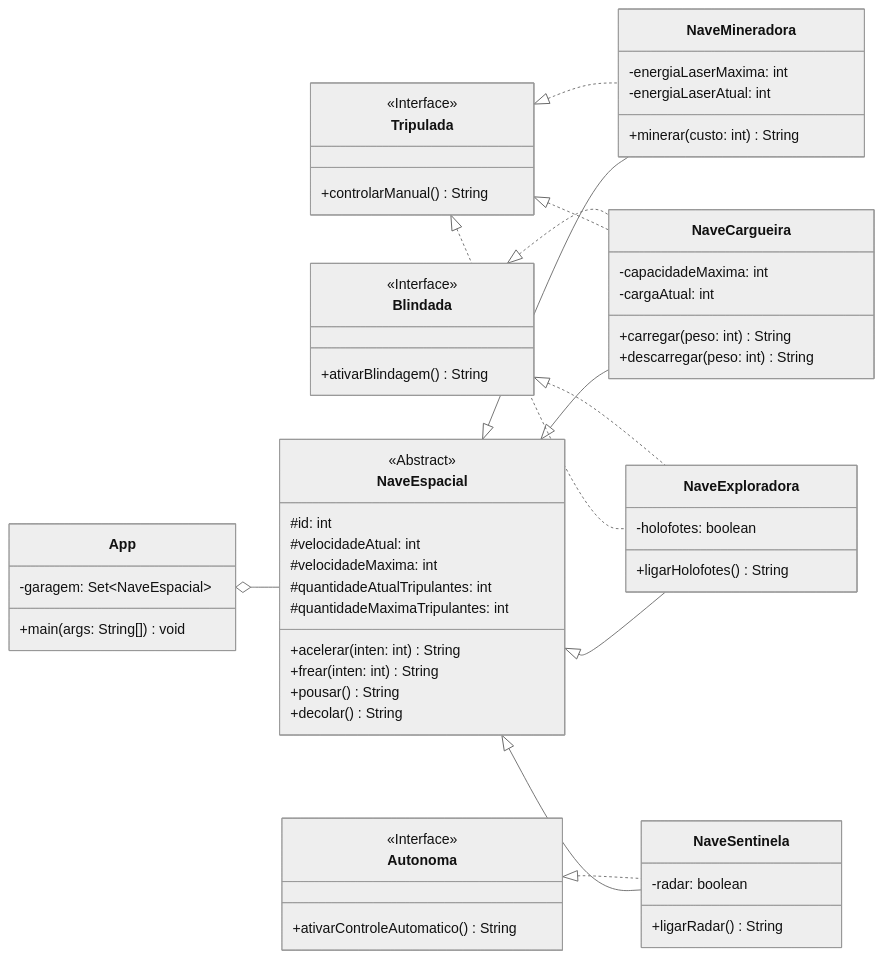
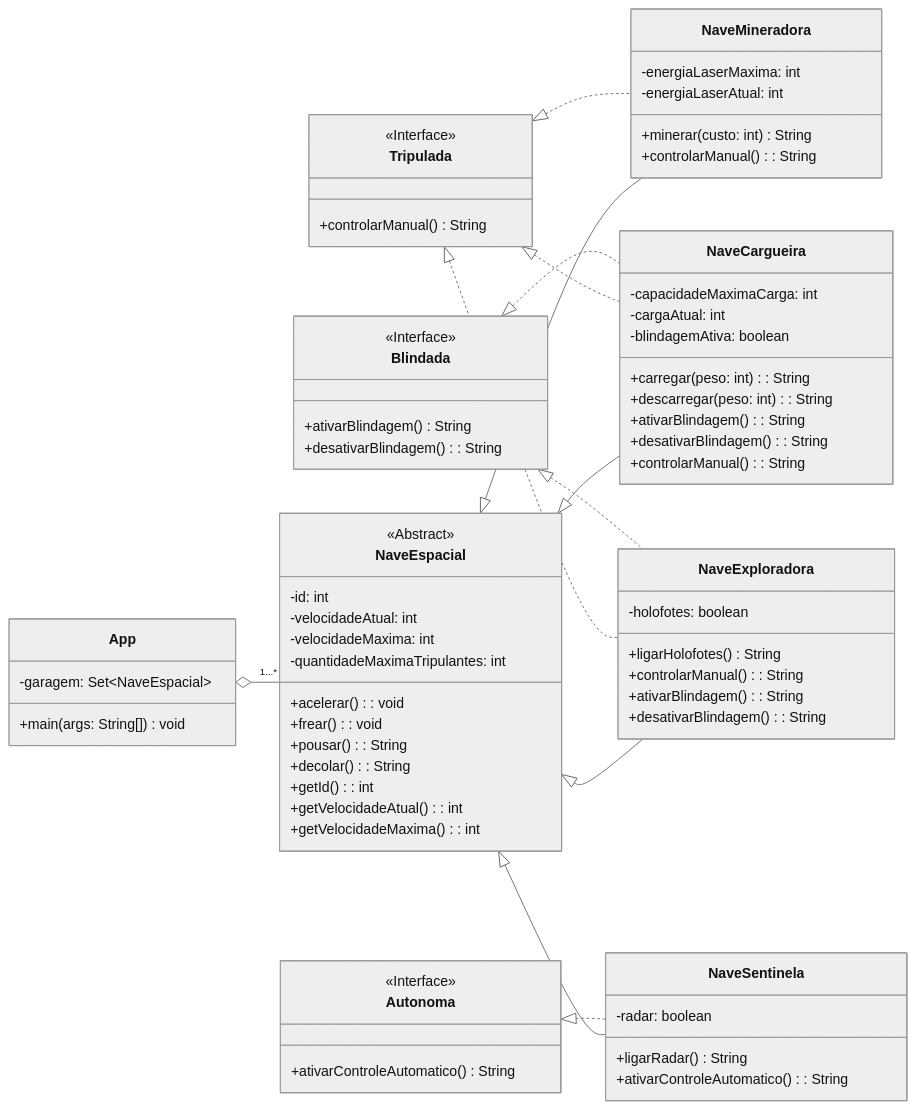
One commit to sergio-prolo-class/lista-4-desenvolvedoras changed the diagram in readme.md. Above: the diagram before and after it, drawn with Mermaid (neutral theme).

````diff
--- a/readme.md
+++ b/readme.md
@@ -7,17 +7,19 @@
         +main(args: String[]) void
     }
 
-    class NaveEspacial {
+   class NaveEspacial {
         <<Abstract>>
-        #id: int
-        #velocidadeAtual: int
-        #velocidadeMaxima: int
-        #quantidadeAtualTripulantes: int
-        #quantidadeMaximaTripulantes: int
-        +acelerar(inten: int) String
-        +frear(inten: int) String
-        +pousar() String
-        +decolar() String
+        -id: int
+        -velocidadeAtual: int
+        -velocidadeMaxima: int
+        -quantidadeMaximaTripulantes: int
+        +acelerar(): void
+        +frear(): void
+        +pousar(): String
+        +decolar(): String
+        +getId(): int
+        +getVelocidadeAtual(): int
+        +getVelocidadeMaxima(): int
     }
 
     class Tripulada {
@@ -28,6 +30,7 @@
     class Blindada {
         <<Interface>>
         +ativarBlindagem() String
+        +desativarBlindagem(): String
     }
 
     class Autonoma {
@@ -35,27 +38,36 @@
         +ativarControleAutomatico() String
     }
 
-    class NaveCargueira {
-        -capacidadeMaxima: int
+  class NaveCargueira {
+        -capacidadeMaximaCarga: int
         -cargaAtual: int
-        +carregar(peso: int) String
-        +descarregar(peso: int) String
+        -blindagemAtiva: boolean
+        +carregar(peso: int): String
+        +descarregar(peso: int): String
+        +ativarBlindagem(): String
+        +desativarBlindagem(): String
+        +controlarManual(): String
     }
 
     class NaveMineradora {
         -energiaLaserMaxima: int
         -energiaLaserAtual: int
         +minerar(custo: int) String
+        +controlarManual(): String
     }
 
     class NaveExploradora {
         -holofotes: boolean
         +ligarHolofotes() String
+        +controlarManual(): String
+        +ativarBlindagem(): String
+        +desativarBlindagem(): String
     }
 
     class NaveSentinela {
         -radar: boolean
         +ligarRadar() String
+        +ativarControleAutomatico(): String
     }
 
     %% Relacionamentos de Herança
@@ -66,13 +78,13 @@
 
     %% Relacionamentos de Implementação de Interface
     Tripulada <|.. NaveCargueira
-    Blindada <|.. NaveCargueira
     Tripulada <|.. NaveMineradora
     Tripulada <|.. NaveExploradora
+    Blindada <|.. NaveCargueira
     Blindada <|.. NaveExploradora
     Autonoma <|.. NaveSentinela
 
     %% Relacionamento da App
-    App o-- NaveEspacial
+    App o-- "1...*" NaveEspacial
 
 ```
````
